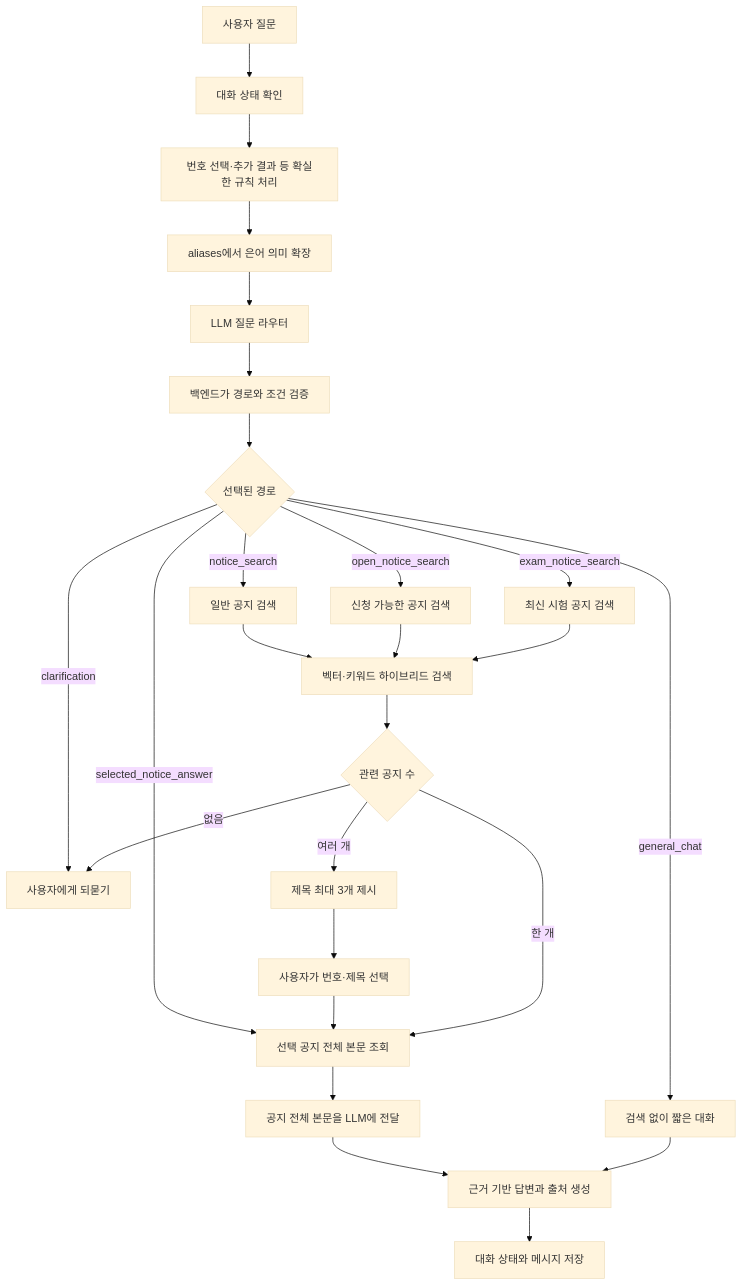
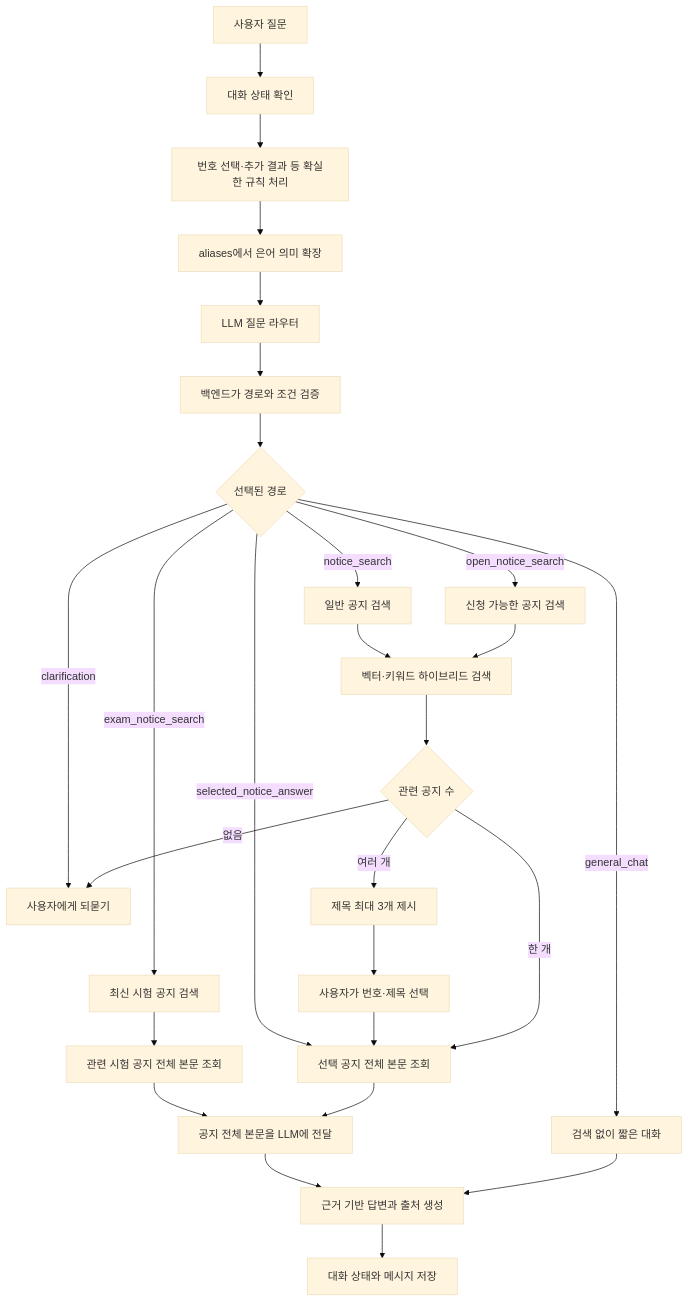
The diagram in README.md (XJunHwanX/6th-NotiCE-ai), drawn with Mermaid (base theme) before and after one commit. The commit also changed other lines of this file and 5 other files, not shown here.

````diff
--- a/README.md
+++ b/README.md
@@ -8,31 +8,32 @@
 ```mermaid
 flowchart TD
     A[사용자 질문] --> B[대화 상태 확인]
     B --> C[번호 선택·추가 결과 등 확실한 규칙 처리]
     C --> D[aliases에서 은어 의미 확장]
     D --> E[LLM 질문 라우터]
     E --> F[백엔드가 경로와 조건 검증]
 
     F --> G{선택된 경로}
     G -->|notice_search| H[일반 공지 검색]
     G -->|open_notice_search| I[신청 가능한 공지 검색]
     G -->|exam_notice_search| J[최신 시험 공지 검색]
     G -->|selected_notice_answer| K[선택 공지 전체 본문 조회]
     G -->|general_chat| L[검색 없이 짧은 대화]
     G -->|clarification| M[사용자에게 되묻기]
 
     H --> N[벡터·키워드 하이브리드 검색]
     I --> N
-    J --> N
+    J --> U[관련 시험 공지 전체 본문 조회]
+    U --> R
     N --> O{관련 공지 수}
     O -->|없음| M
     O -->|여러 개| P[제목 최대 3개 제시]
     P --> Q[사용자가 번호·제목 선택]
     Q --> K
     O -->|한 개| K
 
     K --> R[공지 전체 본문을 LLM에 전달]
     R --> S[근거 기반 답변과 출처 생성]
     L --> S
     S --> T[대화 상태와 메시지 저장]
 ```
````
